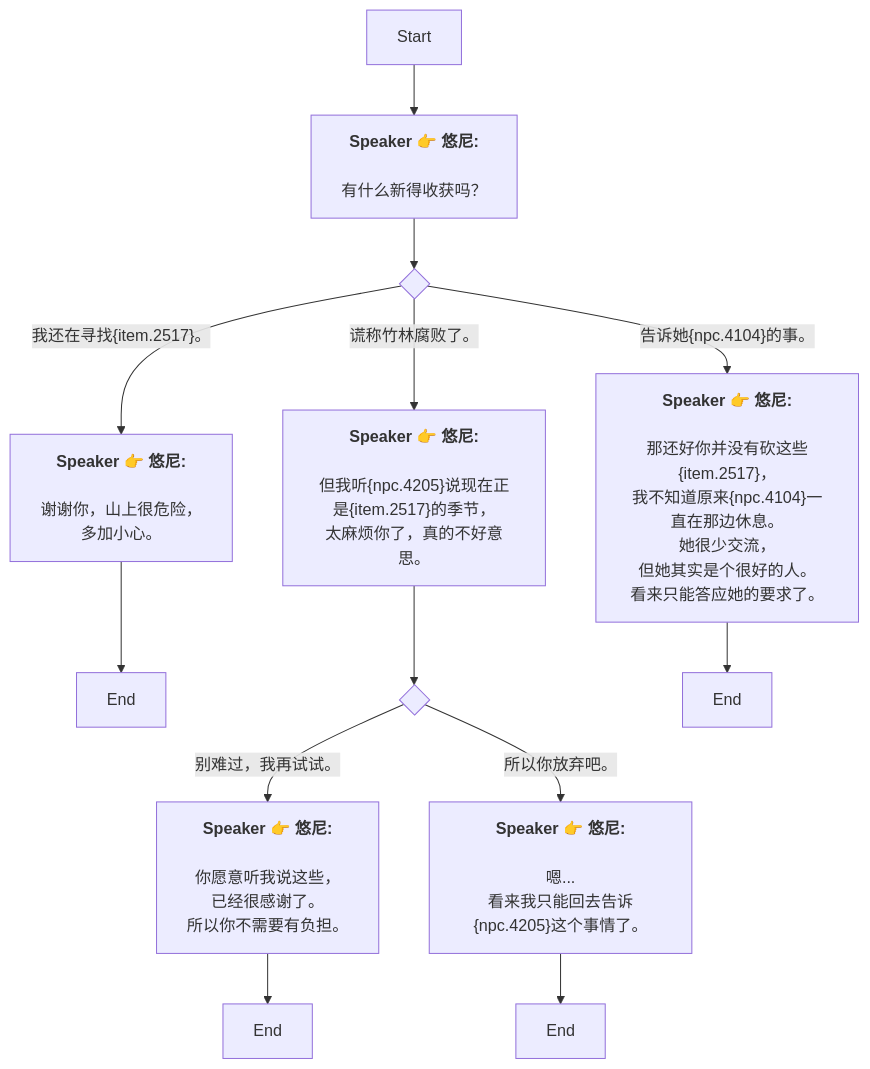
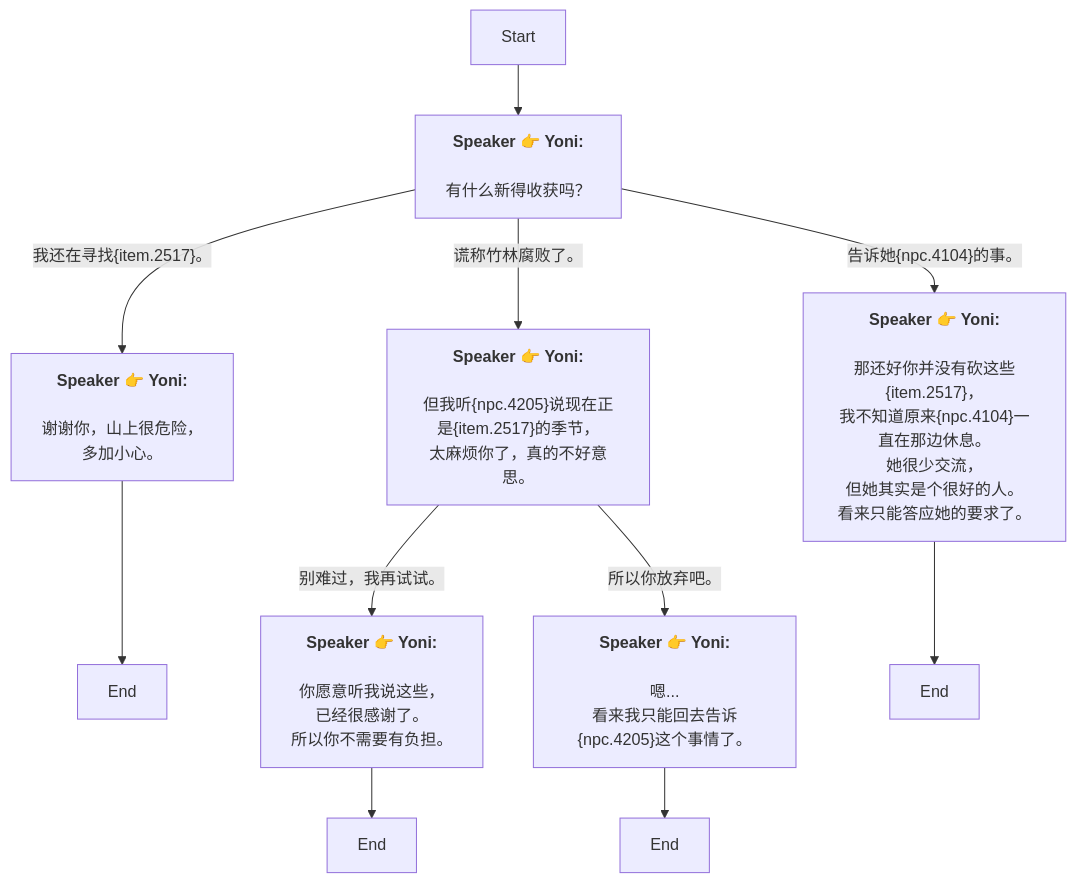
One commit to SoftHu/tos_avg changed the diagram in Zh/AddDialogNode_1738348779293777.md. Above: the diagram before and after it, drawn with Mermaid. The commit also changed 737 other files, not shown here.

````diff
--- a/Zh/AddDialogNode_1738348779293777.md
+++ b/Zh/AddDialogNode_1738348779293777.md
@@ -1,37 +1,28 @@
 ```mermaid
 graph
-Start -->1738348833099860[<b>Speaker 👉 悠尼:</b>
-
-有什么新得收获吗？]
-1738348833099860 -->1738348880707669{ }
-1738348880707669 -->|我还在寻找&lbrace;item.2517&rbrace;。|1738348979936349[<b>Speaker 👉 悠尼:</b>
-
-谢谢你，山上很危险，
+Start -->1738348833099860[<b>Speaker 👉 Yoni:</b>
+\n有什么新得收获吗？]
+1738348833099860 -->|我还在寻找&lbrace;item.2517&rbrace;。|1738348979936349[<b>Speaker 👉 Yoni:</b>
+\n谢谢你，山上很危险，
 多加小心。]
-1738348880707669 -->|谎称竹林腐败了。|1738349001966686[<b>Speaker 👉 悠尼:</b>
-
-但我听&lbrace;npc.4205&rbrace;说现在正是&lbrace;item.2517&rbrace;的季节，
+1738348833099860 -->|谎称竹林腐败了。|1738349001966686[<b>Speaker 👉 Yoni:</b>
+\n但我听&lbrace;npc.4205&rbrace;说现在正是&lbrace;item.2517&rbrace;的季节，
 太麻烦你了，真的不好意思。]
-1738348880707669 -->|告诉她&lbrace;npc.4104&rbrace;的事。|1738349398028394[<b>Speaker 👉 悠尼:</b>
-
-那还好你并没有砍这些&lbrace;item.2517&rbrace;，
-我不知道原来&lbrace;npc.4104&rbrace;一直在那边休息。
-她很少交流，
+1738348833099860 -->|告诉她&lbrace;npc.4104&rbrace;的事。|1738349398028394[<b>Speaker 👉 Yoni:</b>
+\n那还好你并没有砍这些&lbrace;item.2517&rbrace;，
+我不知道原来&lbrace;npc.4104&rbrace;一直在那边休息。\n她很少交流，
 但她其实是个很好的人。
 看来只能答应她的要求了。]
 1738348979936349 -->1738348976503900[End]
-1738349001966686 -->1738349234446431{ }
-1738349234446431 -->|别难过，我再试试。|1738349259369572[<b>Speaker 👉 悠尼:</b>
-
-你愿意听我说这些，
+1738349001966686 -->|别难过，我再试试。|1738349259369572[<b>Speaker 👉 Yoni:</b>
+\n你愿意听我说这些，
 已经很感谢了。
 所以你不需要有负担。]
-1738349234446431 -->|所以你放弃吧。|1738349292239974[<b>Speaker 👉 悠尼:</b>
-
-嗯...
+1738349001966686 -->|所以你放弃吧。|1738349292239974[<b>Speaker 👉 Yoni:</b>
+\n嗯...
 看来我只能回去告诉&lbrace;npc.4205&rbrace;这个事情了。]
 1738349259369572 -->1738349286012005[End]
 1738349292239974 -->1738349386865769[End]
 1738349398028394 -->1738349437010027[End]
 
- ```
+```
````
